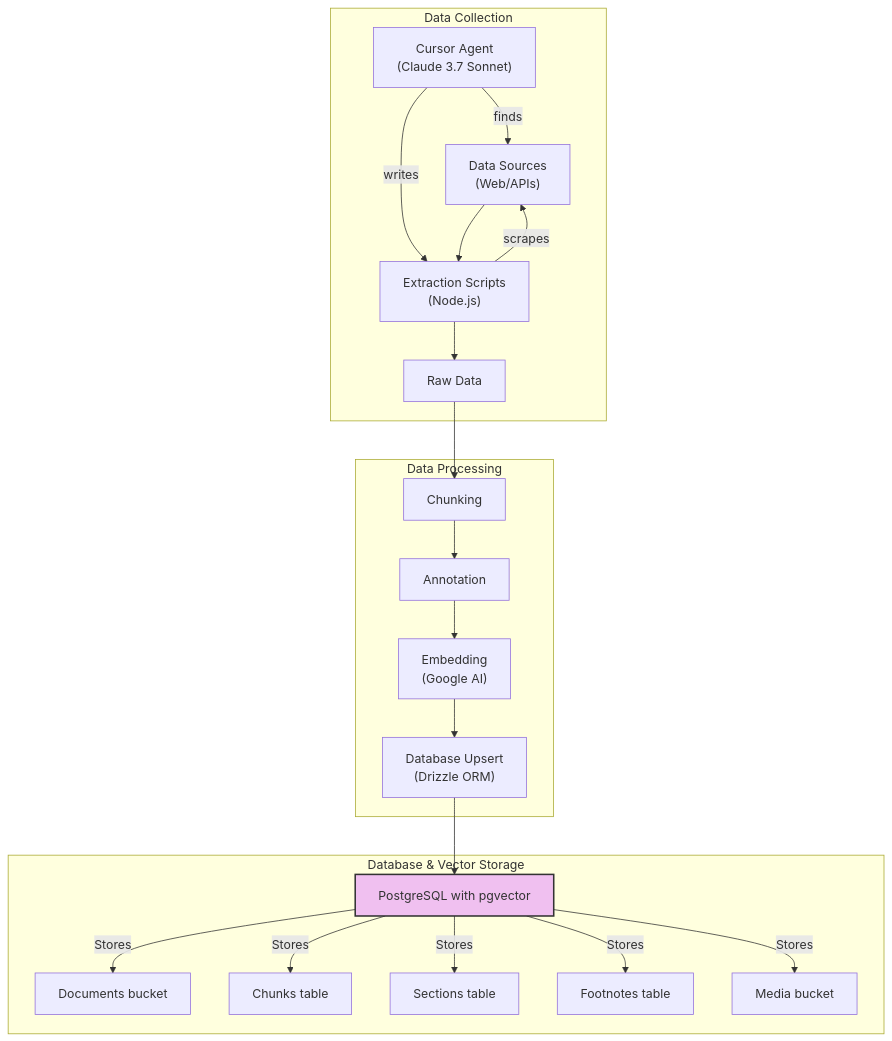
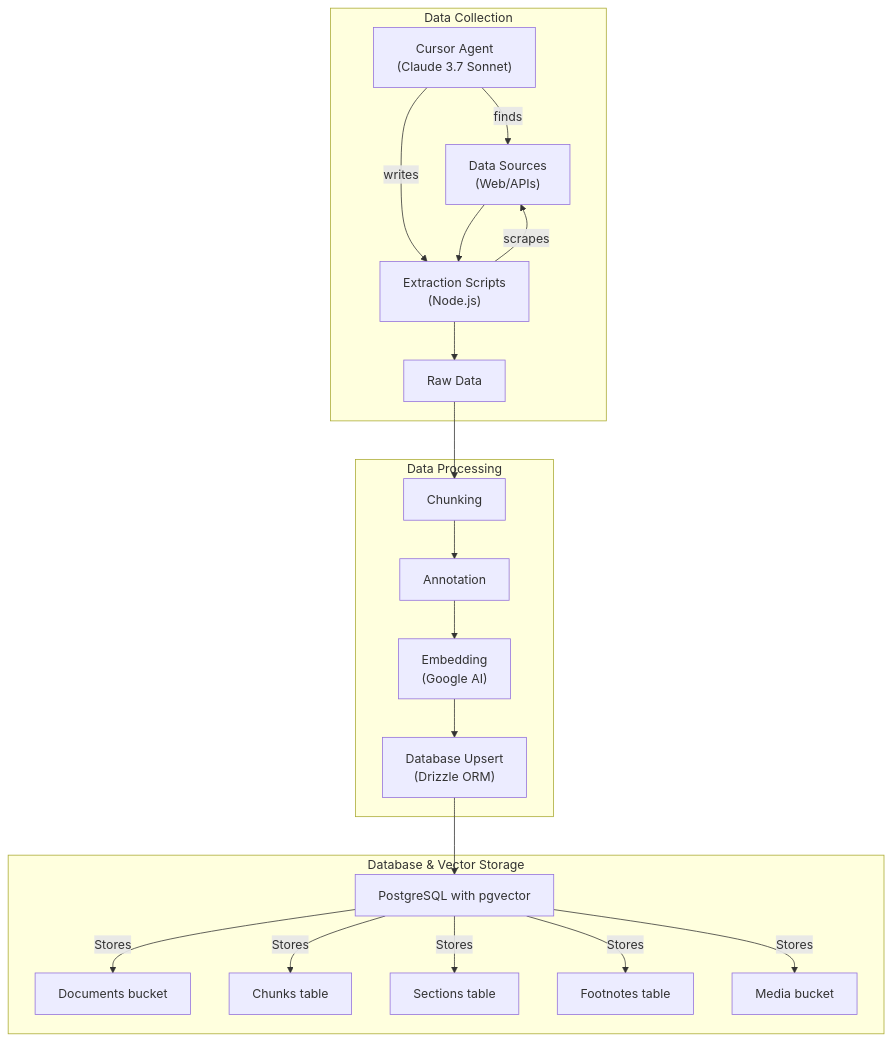
One commit to Teal-Insights/ccdr-extraction-workflow changed the first of 2 diagrams in README.md. Above: the diagram before and after it, drawn with Mermaid. The commit also changed other lines of this file, not shown here.

Commit message:
Relationship diagram update

````diff
--- a/README.md
+++ b/README.md
@@ -17,28 +17,26 @@
 ```mermaid
 graph TB
     subgraph "Data Collection"
         C["Cursor Agent<br>(Claude 3.7 Sonnet)"] -- finds --> B["Data Sources<br>(Web/APIs)"]
         C -- writes --> D["Extraction Scripts<br>(Node.js)"]
         D -- scrapes --> B
         B --> D
         D --> F["Raw Data"]
     end
 
     subgraph "Data Processing"
         F --> I["Chunking"]
         I --> J["Annotation"]
         J --> K["Embedding<br>(Google AI)"]
         K --> L["Database Upsert<br>(Drizzle ORM)"]
     end
 
     subgraph "Database & Vector Storage"
         L --> M["PostgreSQL with pgvector"]
         M -- Stores --> N["Documents bucket"]
         M -- Stores --> O["Chunks table"]
         M -- Stores --> P["Sections table"]
         M -- Stores --> Q["Footnotes table"]
         M -- Stores --> R["Media bucket"]
     end
-
-    style M fill:#f0c0f0,stroke:#333,stroke-width:2px
 ```
````
